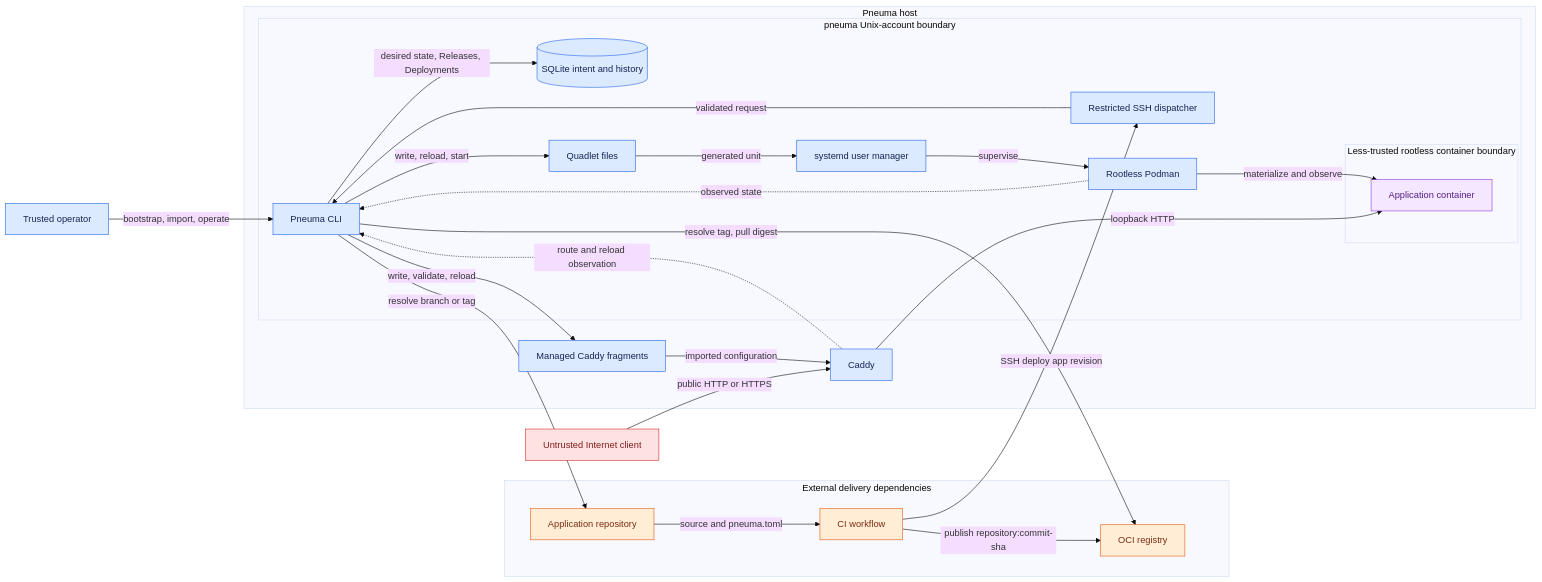
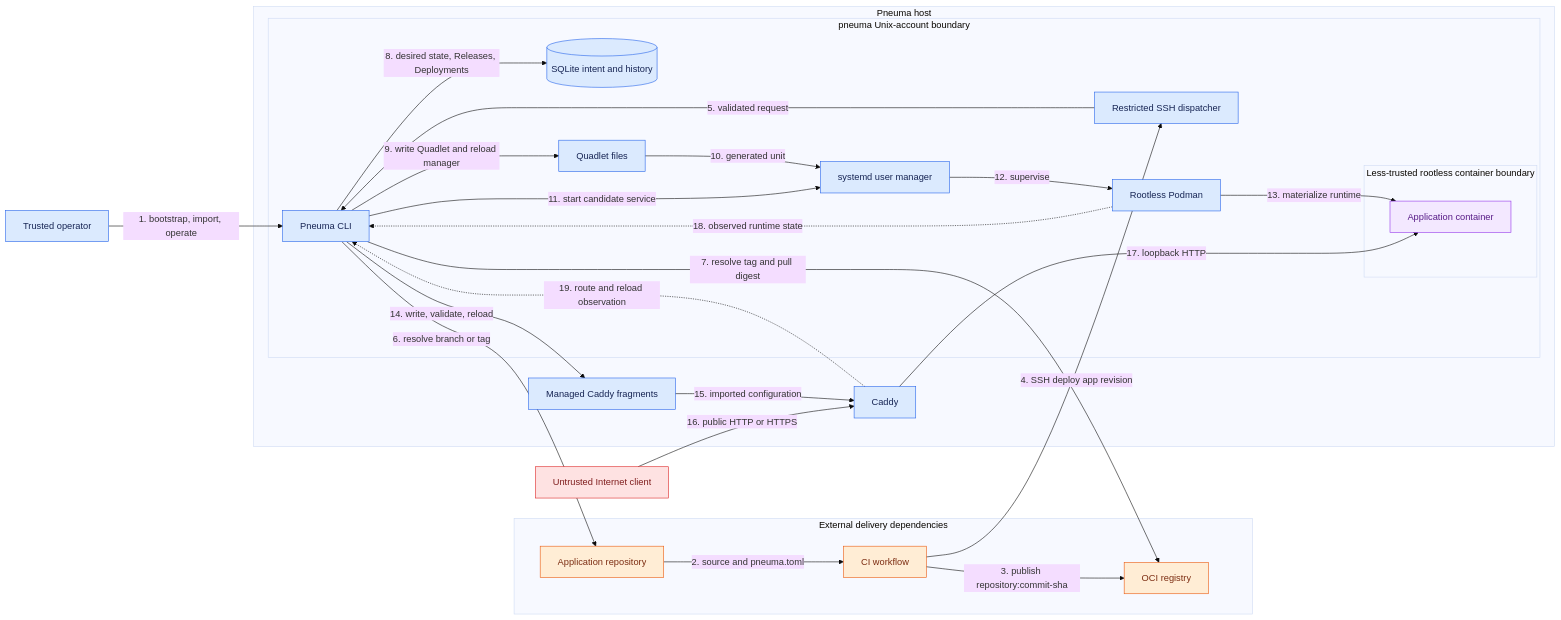
One commit to vitoraalmeida/pneuma changed the diagram in docs/architecture/system-context.md. Above: the diagram before and after it, drawn with Mermaid (base theme). The commit also changed other lines of this file and 1 other file, not shown here.

Commit message:
docs: number system context flows

````diff
--- a/docs/architecture/system-context.md
+++ b/docs/architecture/system-context.md
@@ -77,60 +77,61 @@
 ```mermaid
 flowchart LR
     operator[Trusted operator]
     repository[Application repository]
     ci[CI workflow]
     registry[OCI registry]
     client[Untrusted Internet client]
 
     subgraph external[External delivery dependencies]
         repository
         ci
         registry
     end
 
     subgraph host[Pneuma host]
         caddy[Caddy]
         fragments[Managed Caddy fragments]
 
         subgraph pneuma_account[pneuma Unix-account boundary]
             dispatcher[Restricted SSH dispatcher]
             cli[Pneuma CLI]
             sqlite[(SQLite intent and history)]
             quadlet[Quadlet files]
             systemd[systemd user manager]
             podman[Rootless Podman]
 
             subgraph container_boundary[Less-trusted rootless container boundary]
                 application[Application container]
             end
         end
     end
 
-    operator -->|bootstrap, import, operate| cli
-    repository -->|source and pneuma.toml| ci
-    ci -->|publish repository:commit-sha| registry
-    ci -->|SSH deploy app revision| dispatcher
-    dispatcher -->|validated request| cli
-    cli -->|resolve branch or tag| repository
-    cli -->|resolve tag, pull digest| registry
-    cli -->|desired state, Releases, Deployments| sqlite
-    cli -->|write, reload, start| quadlet
-    quadlet -->|generated unit| systemd
-    systemd -->|supervise| podman
-    podman -->|materialize and observe| application
-    cli -->|write, validate, reload| fragments
-    fragments -->|imported configuration| caddy
-    client -->|public HTTP or HTTPS| caddy
-    caddy -->|loopback HTTP| application
-    podman -.->|observed state| cli
-    caddy -.->|route and reload observation| cli
+    operator -->|1. bootstrap, import, operate| cli
+    repository -->|2. source and pneuma.toml| ci
+    ci -->|3. publish repository:commit-sha| registry
+    ci -->|4. SSH deploy app revision| dispatcher
+    dispatcher -->|5. validated request| cli
+    cli -->|6. resolve branch or tag| repository
+    cli -->|7. resolve tag and pull digest| registry
+    cli -->|8. desired state, Releases, Deployments| sqlite
+    cli -->|9. write Quadlet and reload manager| quadlet
+    quadlet -->|10. generated unit| systemd
+    cli -->|11. start candidate service| systemd
+    systemd -->|12. supervise| podman
+    podman -->|13. materialize runtime| application
+    cli -->|14. write, validate, reload| fragments
+    fragments -->|15. imported configuration| caddy
+    client -->|16. public HTTP or HTTPS| caddy
+    caddy -->|17. loopback HTTP| application
+    podman -.->|18. observed runtime state| cli
+    caddy -.->|19. route and reload observation| cli
 
     classDef trusted fill:#dbeafe,stroke:#2563eb,color:#172554;
     classDef external fill:#ffedd5,stroke:#ea580c,color:#7c2d12;
     classDef untrusted fill:#fee2e2,stroke:#dc2626,color:#7f1d1d;
     classDef workload fill:#f3e8ff,stroke:#9333ea,color:#581c87;
     class operator,dispatcher,cli,sqlite,quadlet,systemd,podman,fragments,caddy trusted;
     class repository,ci,registry external;
     class client untrusted;
     class application workload;
 ```
````
